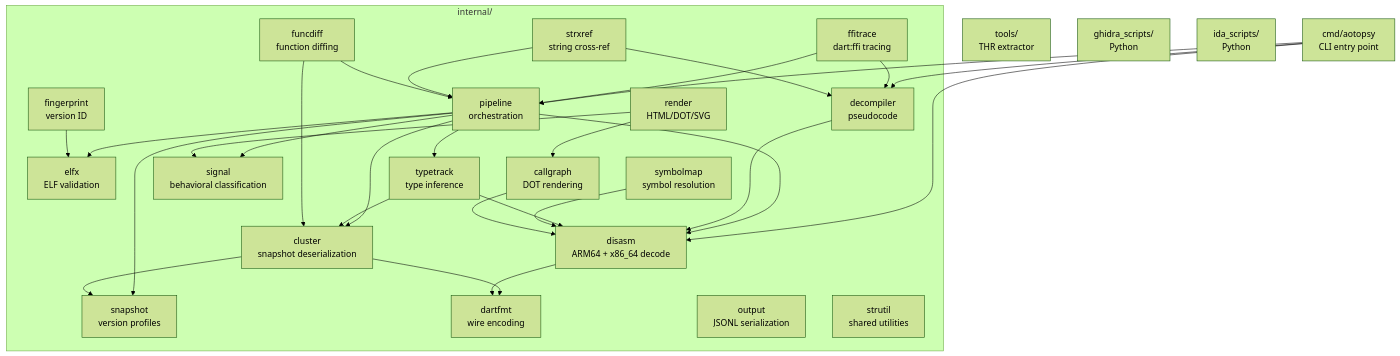
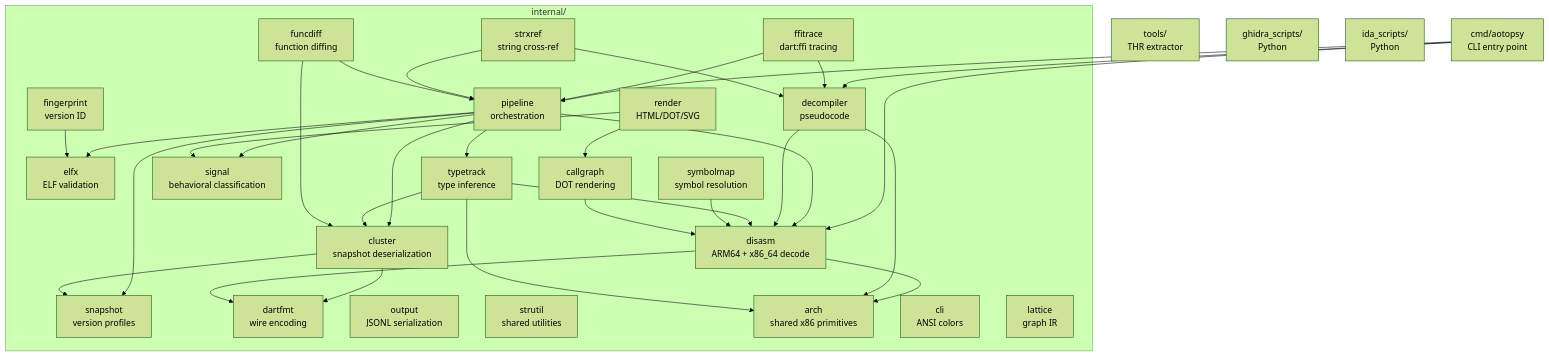
The diagram in AGENTS.md (BroNils/aotopsy), drawn with Mermaid (forest theme) before and after one commit. The commit also changed other lines of this file and 172 other files, not shown here.

````diff
--- a/AGENTS.md
+++ b/AGENTS.md
@@ -49,54 +49,60 @@
 ```mermaid
 flowchart TD
-    CLI[cmd/aotopsy<br/>CLI entry point]
+    CLI_ENTRY[cmd/aotopsy<br/>CLI entry point]
     subgraph "internal/"
         ELFX[elfx<br/>ELF validation]
         SNAP[snapshot<br/>version profiles]
         DART[dartfmt<br/>wire encoding]
         CLUST[cluster<br/>snapshot deserialization]
         DISASM[disasm<br/>ARM64 + x86_64 decode]
         CG[callgraph<br/>DOT rendering]
         SIG[signal<br/>behavioral classification]
         REND[render<br/>HTML/DOT/SVG]
         OUT[output<br/>JSONL serialization]
         DEC[decompiler<br/>pseudocode]
         TT[typetrack<br/>type inference]
         FP[fingerprint<br/>version ID]
         FD[funcdiff<br/>function diffing]
         SM[symbolmap<br/>symbol resolution]
         FFI[ffitrace<br/>dart:ffi tracing]
         SX[strxref<br/>string cross-ref]
         SU[strutil<br/>shared utilities]
+        ARCH[arch<br/>shared x86 primitives]
+        CLI[cli<br/>ANSI colors]
+        LAT[lattice<br/>graph IR]
         PIPE[pipeline<br/>orchestration]
     end
     TOOLS[tools/<br/>THR extractor]
     GHIDRA[ghidra_scripts/<br/>Python]
     IDA[ida_scripts/<br/>Python]
 
-    CLI --> PIPE
-    CLI --> DEC
-    CLI --> DISASM
+    CLI_ENTRY --> PIPE
+    CLI_ENTRY --> DEC
+    CLI_ENTRY --> DISASM
     PIPE --> ELFX
     PIPE --> SNAP
     PIPE --> CLUST
     PIPE --> DISASM
     PIPE --> SIG
     PIPE --> TT
     CLUST --> DART
     CLUST --> SNAP
     DISASM --> DART
+    DISASM --> ARCH
     DEC --> DISASM
+    DEC --> ARCH
     TT --> DISASM
     TT --> CLUST
+    TT --> ARCH
     FFI --> PIPE
     FFI --> DEC
     SX --> PIPE
     SX --> DEC
     FD --> CLUST
     FD --> PIPE
     SM --> DISASM
     FP --> ELFX
     CG --> DISASM
     REND --> CG
     REND --> SIG
 ```
````
